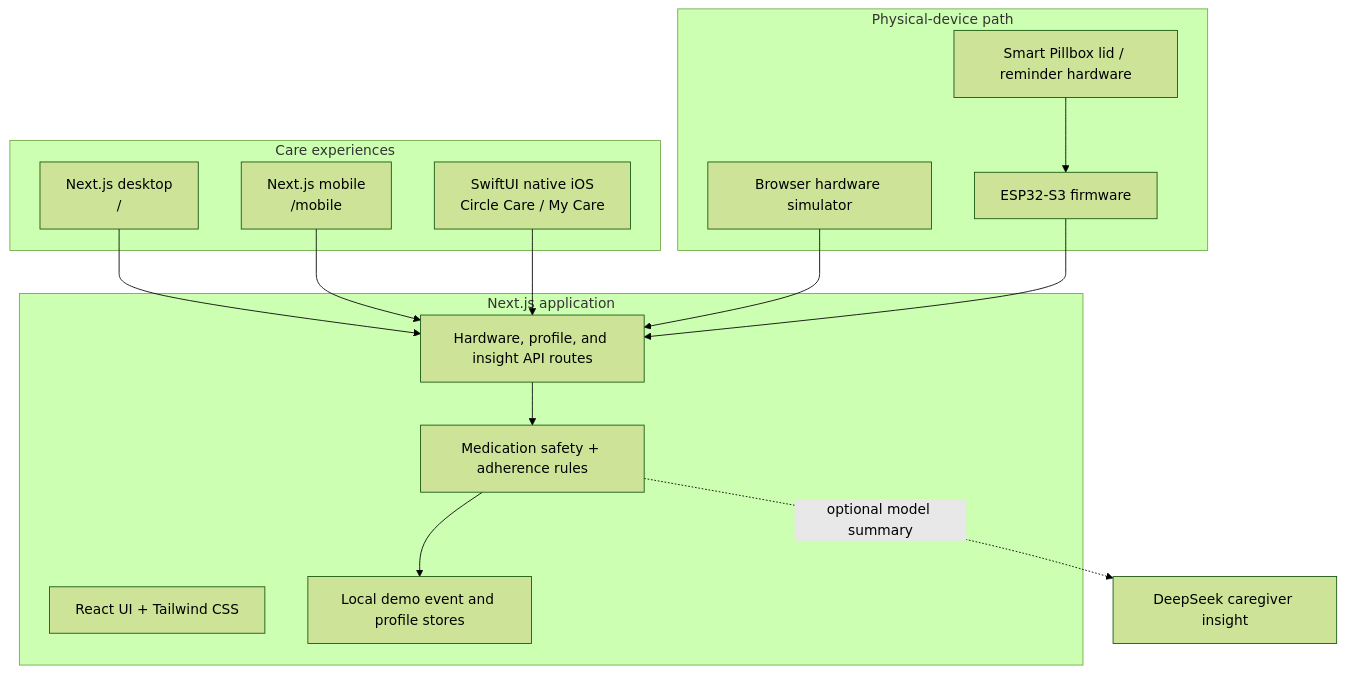
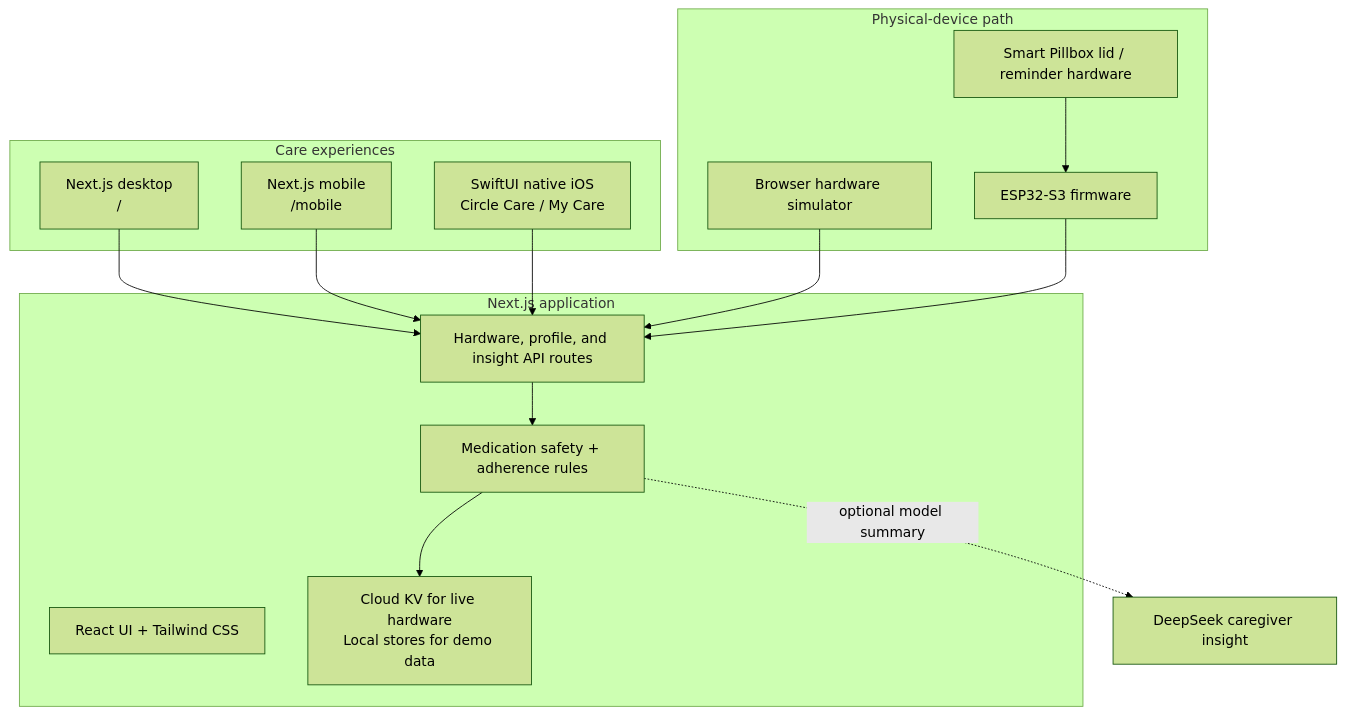
One commit to stephenovo/smart-pillbox-ai changed the second of 2 diagrams in README.md. Above: the diagram before and after it, drawn with Mermaid (forest theme). The commit also changed other lines of this file and 18 other files, not shown here.

Commit message:
Connect live hardware account to app and Studio

````diff
--- a/README.md
+++ b/README.md
@@ -121,29 +121,29 @@
 ```mermaid
 flowchart TB
     subgraph CLIENTS["Care experiences"]
         WEB["Next.js desktop\n/ "]
         MOBILE["Next.js mobile\n/mobile"]
         IOS["SwiftUI native iOS\nCircle Care / My Care"]
     end
 
     subgraph CORE["Next.js application"]
         UI["React UI + Tailwind CSS"]
         API["Hardware, profile, and insight API routes"]
         RULES["Medication safety + adherence rules"]
-        STORE["Local demo event and profile stores"]
+        STORE["Cloud KV for live hardware\nLocal stores for demo data"]
     end
 
     subgraph DEVICE["Physical-device path"]
         SIM["Browser hardware simulator"]
         ESP["ESP32-S3 firmware"]
         BOX["Smart Pillbox lid / reminder hardware"]
     end
 
     WEB --> API
     MOBILE --> API
     IOS --> API
     SIM --> API
     BOX --> ESP --> API
     API --> RULES --> STORE
     RULES -. optional model summary .-> AI["DeepSeek caregiver insight"]
 ```
````
